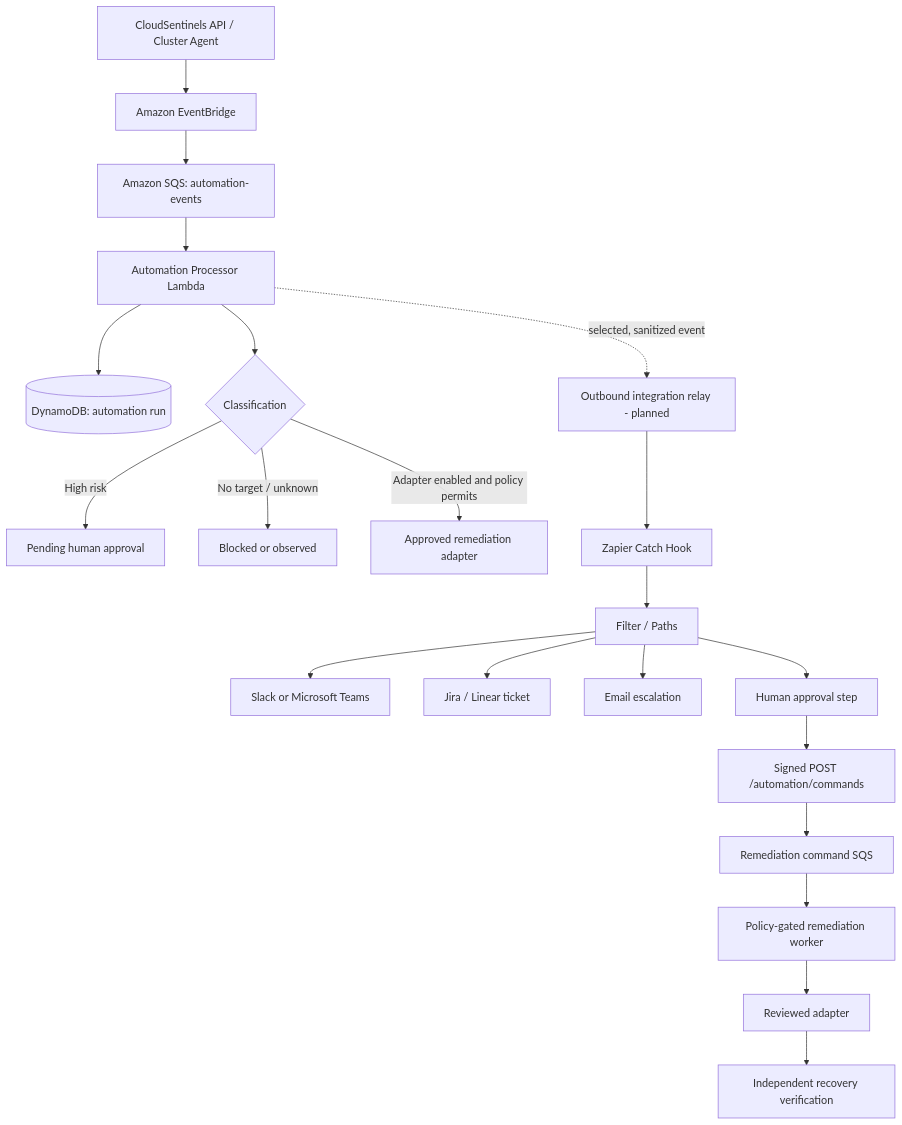
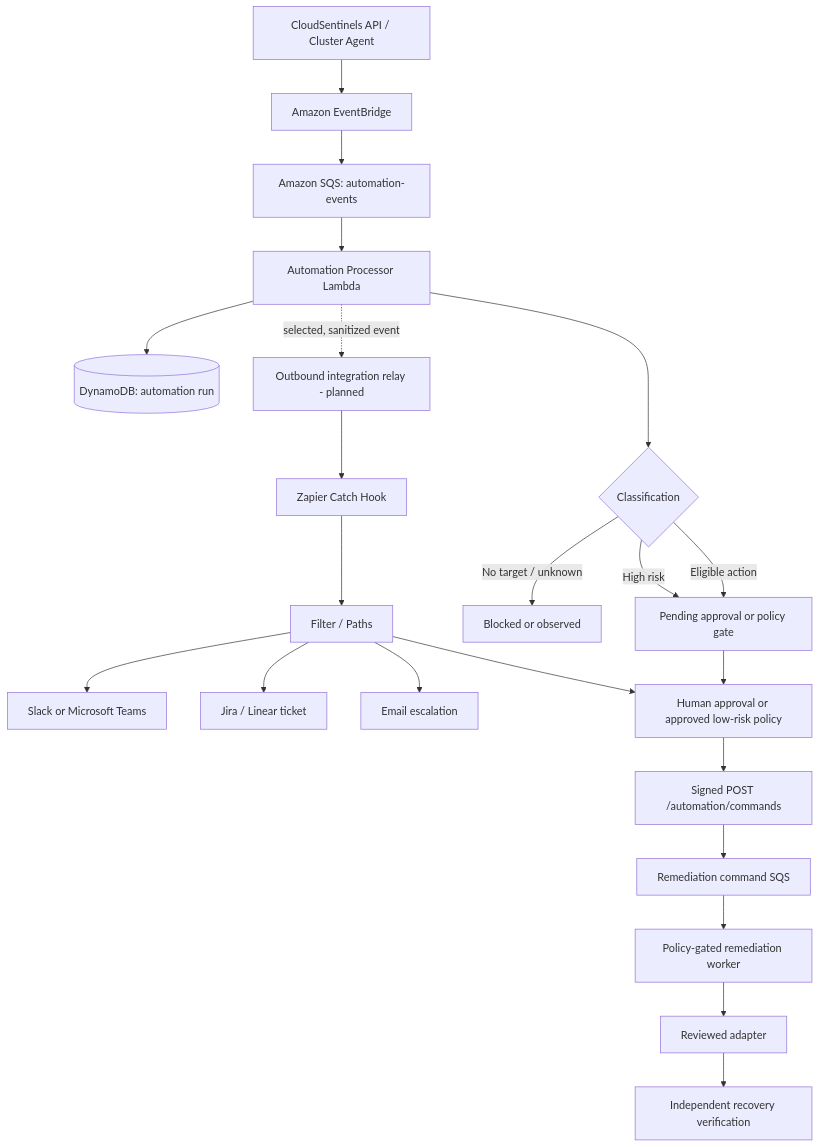
One commit to ABHILASH9519/cloudsentinels changed the diagram in deploy/automation/ZAPIER.md. Above: the diagram before and after it, drawn with Mermaid. The commit also changed other lines of this file, not shown here.

Commit message:
Clarify policy-gated Zapier approval and duplicate execution safety

````diff
--- a/deploy/automation/ZAPIER.md
+++ b/deploy/automation/ZAPIER.md
@@ -14,23 +14,24 @@
 ```mermaid
 flowchart TD
   A[CloudSentinels API / Cluster Agent] --> B[Amazon EventBridge]
   B --> C[Amazon SQS: automation-events]
   C --> D[Automation Processor Lambda]
   D --> E[(DynamoDB: automation run)]
   D --> F{Classification}
   F -->|High risk| G[Pending human approval]
   F -->|No target / unknown| H[Blocked or observed]
-  F -->|Adapter enabled and policy permits| I[Approved remediation adapter]
+  F -->|Eligible action| G[Pending approval or policy gate]
   D -. selected, sanitized event .-> J[Outbound integration relay - planned]
   J --> K[Zapier Catch Hook]
   K --> L[Filter / Paths]
   L --> M[Slack or Microsoft Teams]
   L --> N[Jira / Linear ticket]
   L --> O[Email escalation]
   L --> P[Human approval step]
+  G --> P[Human approval or approved low-risk policy]
   P --> Q[Signed POST /automation/commands]
   Q --> R[Remediation command SQS]
   R --> S[Policy-gated remediation worker]
   S --> T[Reviewed adapter]
   T --> U[Independent recovery verification]
 ```
````
